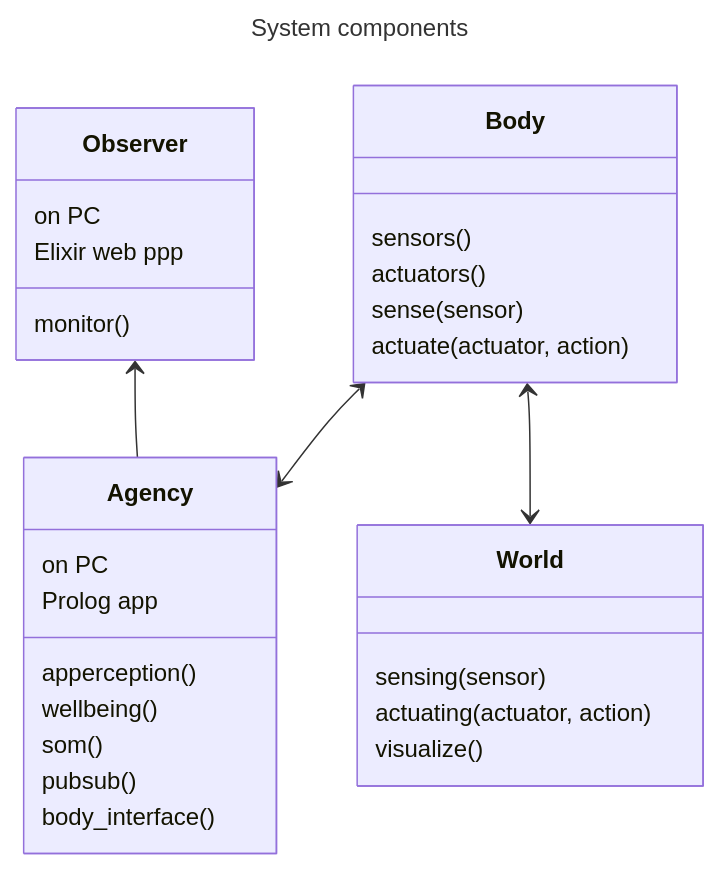
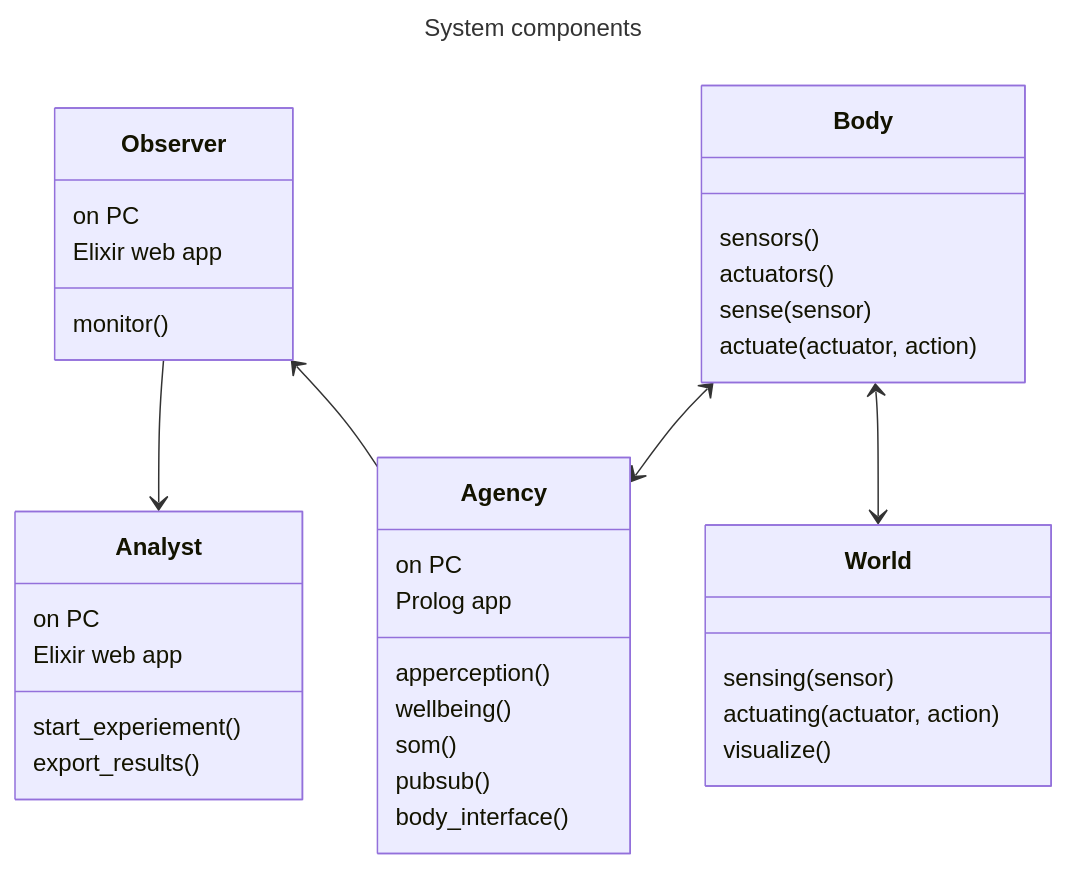
One commit to jfcloutier/karma_system changed the second of 4 diagrams in system.md. Above: the diagram before and after it, drawn with Mermaid. The commit also changed other lines of this file and 2 other files, not shown here.

````diff
--- a/system.md
+++ b/system.md
@@ -64,40 +71,47 @@
 ``` mermaid
 ---
 title: System components
 ---
 
 classDiagram
   Agency
   Observer
   Body
   World
   Observer <-- Agency
+  Observer --> Analyst
   Body <--> World
   Body <--> Agency
   class Agency {
     on PC
     Prolog app
     apperception()
     wellbeing()
     som()
     pubsub()
     body_interface()
   }
   class Observer {
     on PC
-    Elixir web ppp
+    Elixir web app
     monitor()
+  }
+  class Analyst {
+    on PC
+    Elixir web app
+    start_experiement()
+    export_results()
   }
   class Body {
     sensors()
     actuators()
     sense(sensor)
     actuate(actuator, action)
   }
   class World {
     sensing(sensor)
     actuating(actuator, action)
     visualize()
   }
 
 ```
````
